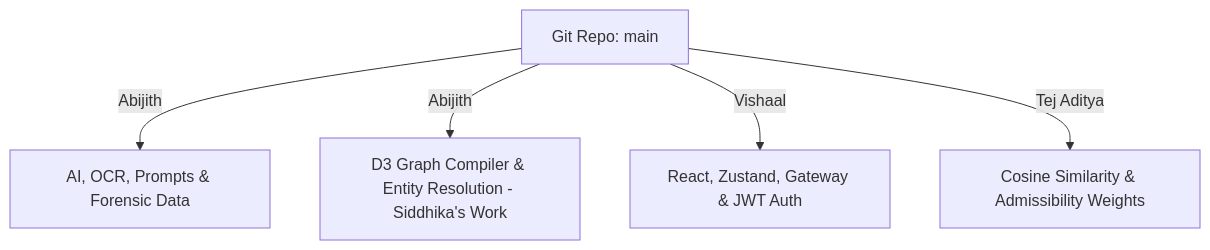
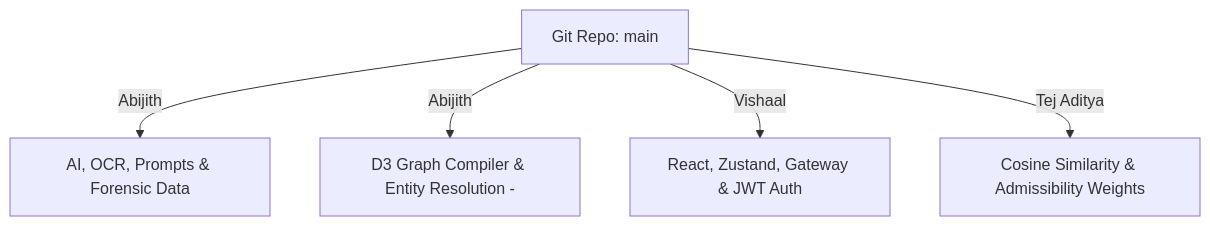
Before and after one commit to abi131205/VAJRA.AI: the second of 2 diagrams in README.md, drawn with Mermaid. The commit also changed other lines of this file, not shown here.

````diff
--- a/README.md
+++ b/README.md
@@ -126,7 +126,7 @@
 ```mermaid
 graph TD
     Repo[Git Repo: main] -->|Abijith| AI[AI, OCR, Prompts & Forensic Data]
-    Repo -->|Abijith| Viz[D3 Graph Compiler & Entity Resolution - Siddhika's Work]
+    Repo -->|Abijith| Viz[D3 Graph Compiler & Entity Resolution -]
     Repo -->|Vishaal| Fullstack[React, Zustand, Gateway & JWT Auth]
     Repo -->|Tej Aditya| ML[Cosine Similarity & Admissibility Weights]
 ```
````
